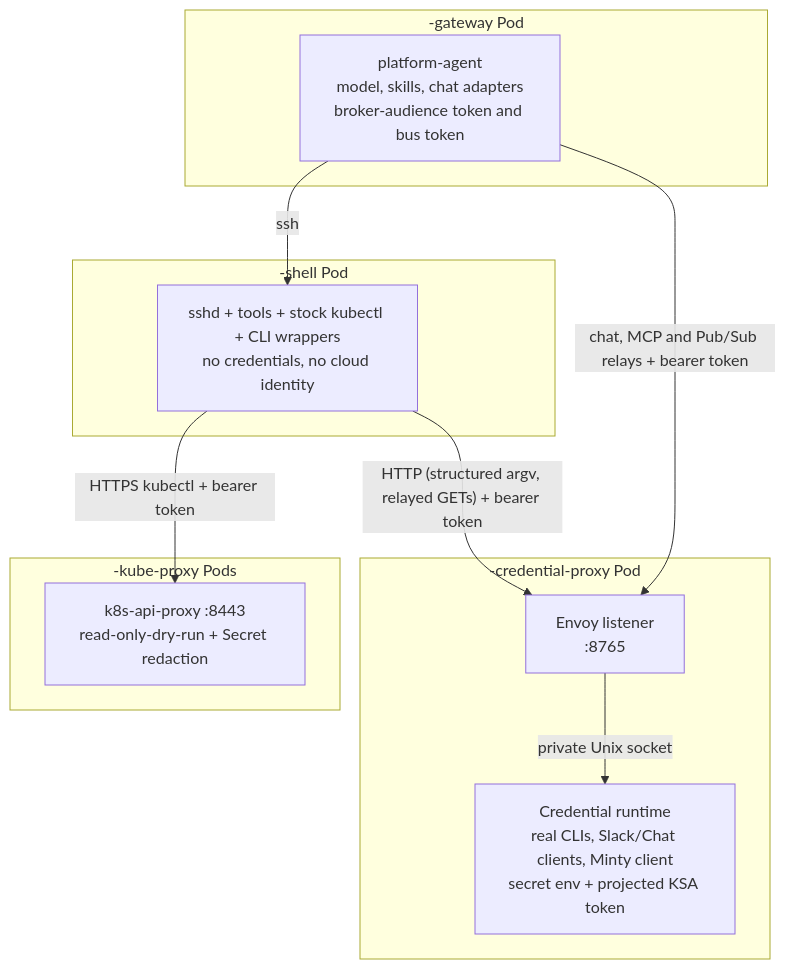
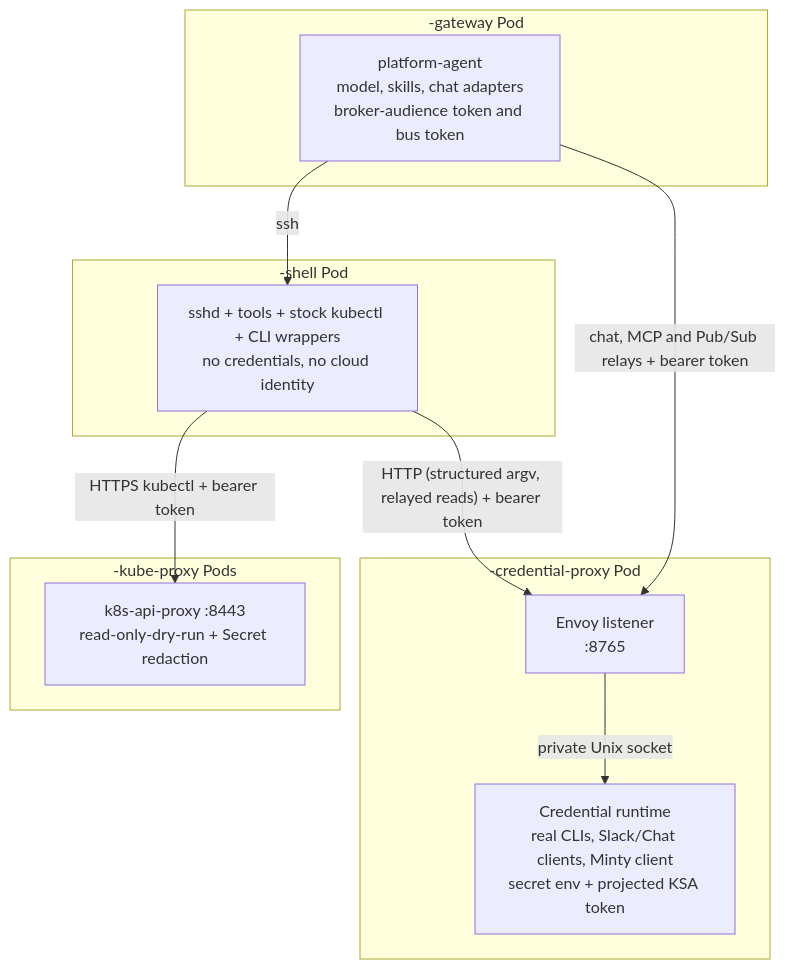
The diagram in docs/site/src/content/docs/reference/credential-isolation.md (gke-labs/kube-agents), drawn with Mermaid before and after one commit. The commit also changed other lines of this file and 21 other files, not shown here.

````diff
--- a/docs/site/src/content/docs/reference/credential-isolation.md
+++ b/docs/site/src/content/docs/reference/credential-isolation.md
@@ -45,21 +45,21 @@
 ```mermaid
 flowchart TB
     subgraph GW["<name>-gateway Pod"]
         AGENT["platform-agent<br/>model, skills, chat adapters<br/>broker-audience token and bus token"]
     end
     subgraph SH["<name>-shell Pod"]
         SHELL["sshd + tools + stock kubectl + CLI wrappers<br/>no credentials, no cloud identity"]
     end
     subgraph KP["<name>-kube-proxy Pods"]
         KPROXY["k8s-api-proxy :8443<br/>read-only-dry-run + Secret redaction"]
     end
     subgraph BR["<name>-credential-proxy Pod"]
         ENVOY["Envoy listener<br/>:8765"]
         RUNTIME["Credential runtime<br/>real CLIs, Slack/Chat clients, Minty client<br/>secret env + projected KSA token"]
     end
     AGENT -->|ssh| SHELL
     SHELL -->|"HTTPS kubectl + bearer token"| KPROXY
-    SHELL -->|"HTTP (structured argv, relayed GETs) + bearer token"| ENVOY
+    SHELL -->|"HTTP (structured argv, relayed reads) + bearer token"| ENVOY
     AGENT -->|"chat, MCP and Pub/Sub relays + bearer token"| ENVOY
     ENVOY -->|private Unix socket| RUNTIME
 ```
````
